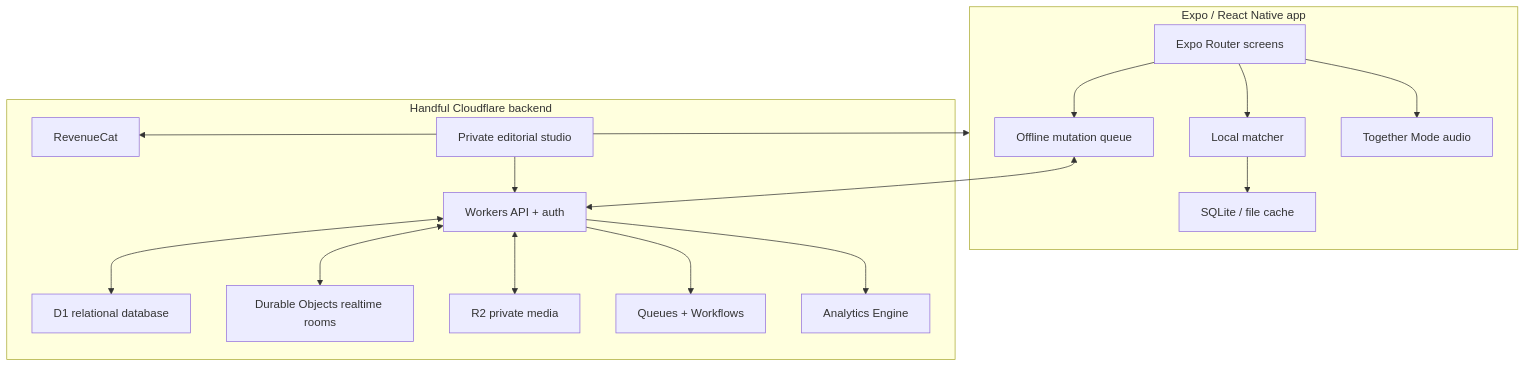
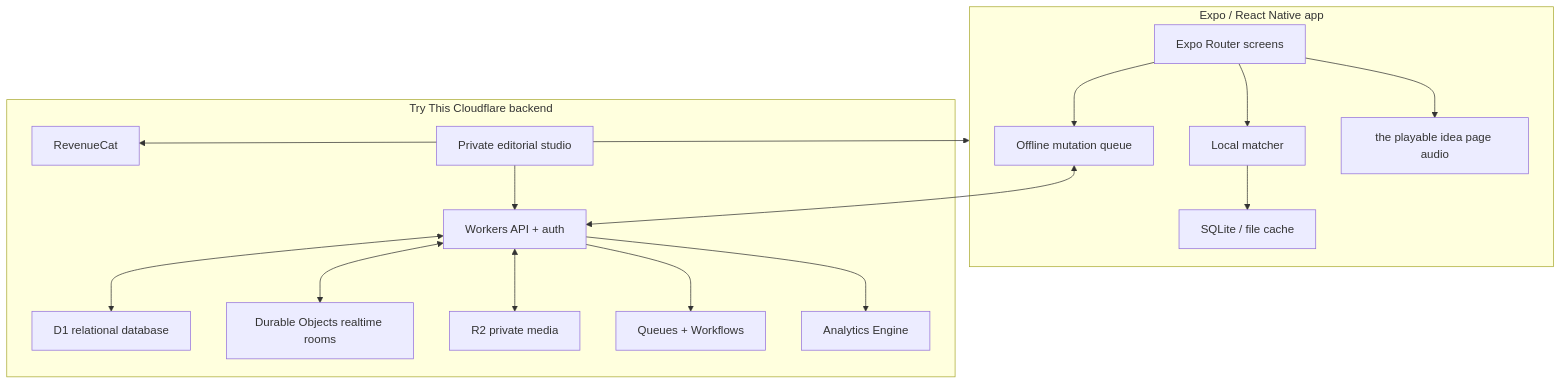
One commit to mirrorphotosintern/bonding changed the first of 2 diagrams in docs/TECHNICAL_SPEC.md. Above: the diagram before and after it, drawn with Mermaid. The commit also changed other lines of this file and 31 other files, not shown here.

````diff
--- a/docs/TECHNICAL_SPEC.md
+++ b/docs/TECHNICAL_SPEC.md
@@ -17,34 +17,34 @@
 ```mermaid
 flowchart TB
     subgraph App["Expo / React Native app"]
       UI["Expo Router screens"]
       Match["Local matcher"]
       Cache["SQLite / file cache"]
       Queue["Offline mutation queue"]
-      Audio["Together Mode audio"]
+      Audio["the playable idea page audio"]
     end
 
-    subgraph Cloud["Handful Cloudflare backend"]
+    subgraph Cloud["Try This Cloudflare backend"]
       API["Workers API + auth"]
       D1["D1 relational database"]
       DO["Durable Objects realtime rooms"]
       R2["R2 private media"]
       Q["Queues + Workflows"]
       AE["Analytics Engine"]
       RC["RevenueCat"]
       Admin["Private editorial studio"]
     end
 
     UI --> Match
     Match --> Cache
     UI --> Audio
     UI --> Queue
     Queue <--> API
     API <--> D1
     API <--> DO
     API <--> R2
     API --> Q
     API --> AE
     App <--> RC
     Admin --> API
 ```
````
